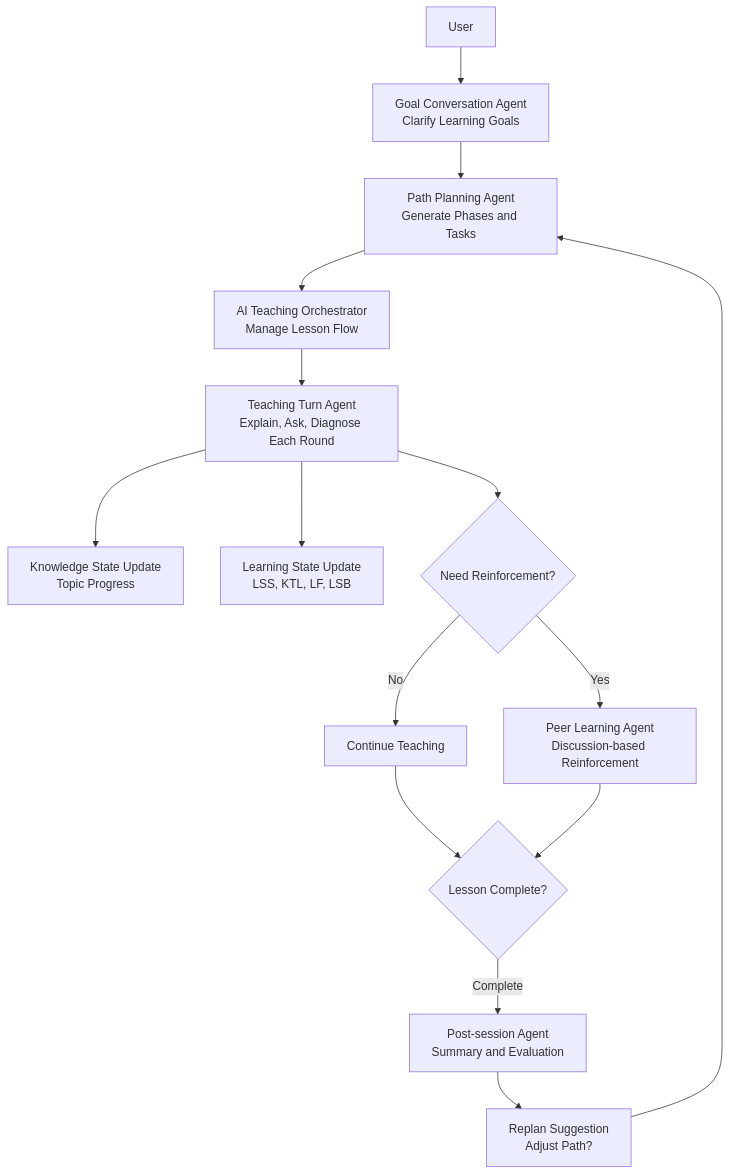
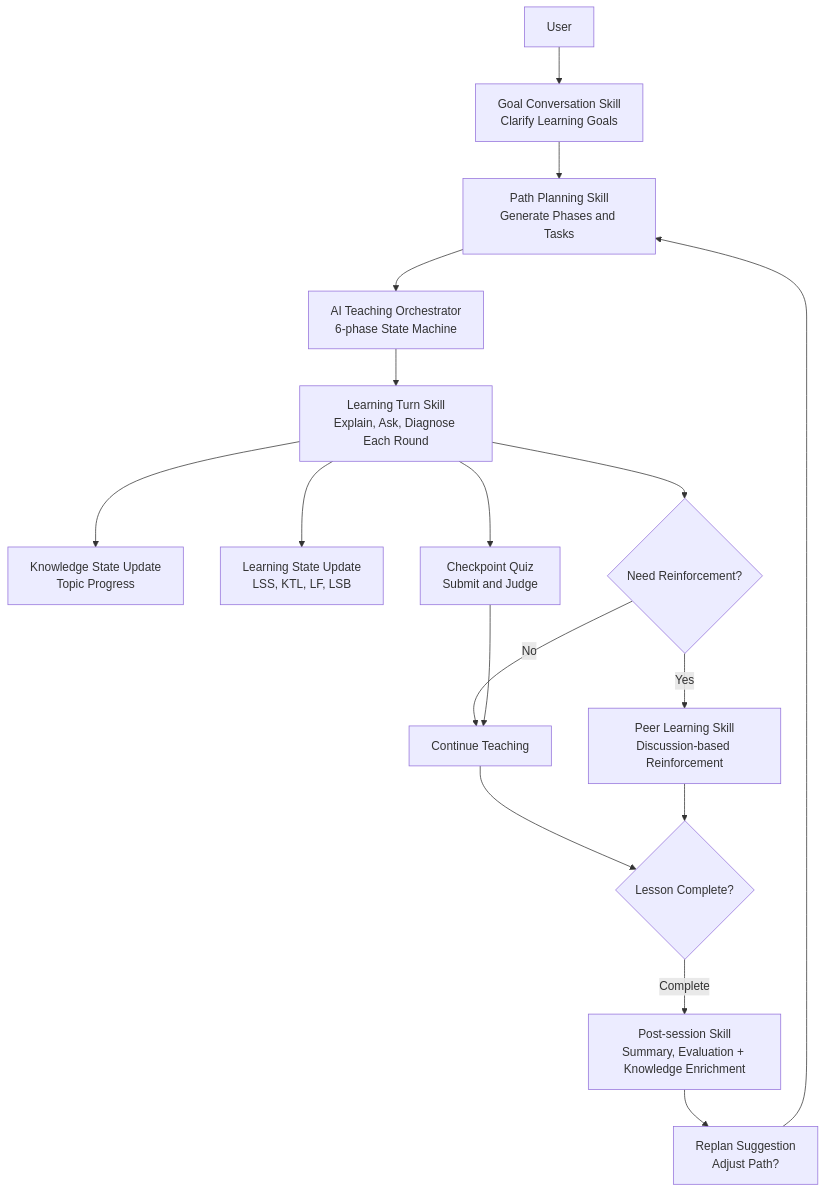
One commit to wenflow-org/wenflow changed the diagram in README_EN.md. Above: the diagram before and after it, drawn with Mermaid. The commit also changed other lines of this file and 3 other files, not shown here.

````diff
--- a/README_EN.md
+++ b/README_EN.md
@@ -80,21 +80,23 @@
 ```mermaid
 flowchart TD
-    U[User] --> G1[Goal Conversation Agent\nClarify Learning Goals]
-    G1 --> P1[Path Planning Agent\nGenerate Phases and Tasks]
-    P1 --> T0[AI Teaching Orchestrator\nManage Lesson Flow]
+    U[User] --> G1[Goal Conversation Skill\nClarify Learning Goals]
+    G1 --> P1[Path Planning Skill\nGenerate Phases and Tasks]
+    P1 --> T0[AI Teaching Orchestrator\n6-phase State Machine]
 
-    T0 --> T1[Teaching Turn Agent\nExplain, Ask, Diagnose Each Round]
+    T0 --> T1[Learning Turn Skill\nExplain, Ask, Diagnose Each Round]
     T1 --> K1[Knowledge State Update\nTopic Progress]
     T1 --> S1[Learning State Update\nLSS, KTL, LF, LSB]
+    T1 --> C1[Checkpoint Quiz\nSubmit and Judge]
 
     T1 --> D{Need Reinforcement?}
-    D -- Yes --> PEER[Peer Learning Agent\nDiscussion-based Reinforcement]
+    D -- Yes --> PEER[Peer Learning Skill\nDiscussion-based Reinforcement]
     D -- No --> NEXT[Continue Teaching]
 
     NEXT --> END{Lesson Complete?}
+    C1 --> NEXT
     PEER --> END
 
-    END -- Complete --> W1[Post-session Agent\nSummary and Evaluation]
+    END -- Complete --> W1[Post-session Skill\nSummary, Evaluation + Knowledge Enrichment]
     W1 --> R1[Replan Suggestion\nAdjust Path?]
     R1 --> P1
 ```
````
